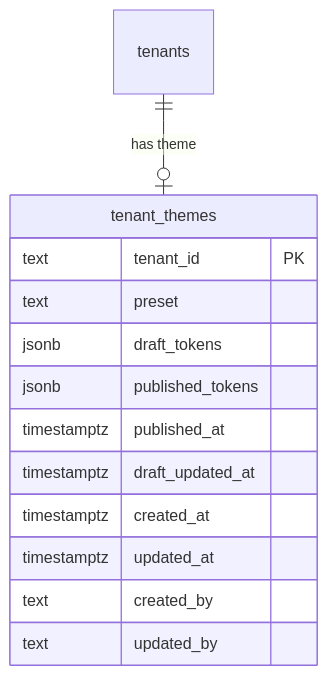
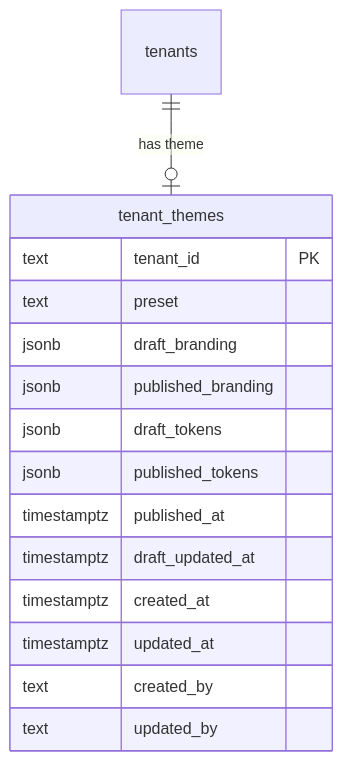
One commit to apaichon/monti-jarvis changed diagram 20 of 20 in docs/sdlc/02-design/03-er-diagram.md. Above: the diagram before and after it, drawn with Mermaid. The commit also changed other lines of this file and 12 other files, not shown here.

````diff
--- a/docs/sdlc/02-design/03-er-diagram.md
+++ b/docs/sdlc/02-design/03-er-diagram.md
@@ -1779,16 +1781,18 @@
 ```mermaid
 erDiagram
   tenants ||--o| tenant_themes : "has theme"
   tenant_themes {
     text tenant_id PK
     text preset
+    jsonb draft_branding
+    jsonb published_branding
     jsonb draft_tokens
     jsonb published_tokens
     timestamptz published_at
     timestamptz draft_updated_at
     timestamptz created_at
     timestamptz updated_at
     text created_by
     text updated_by
   }
 ```
````
